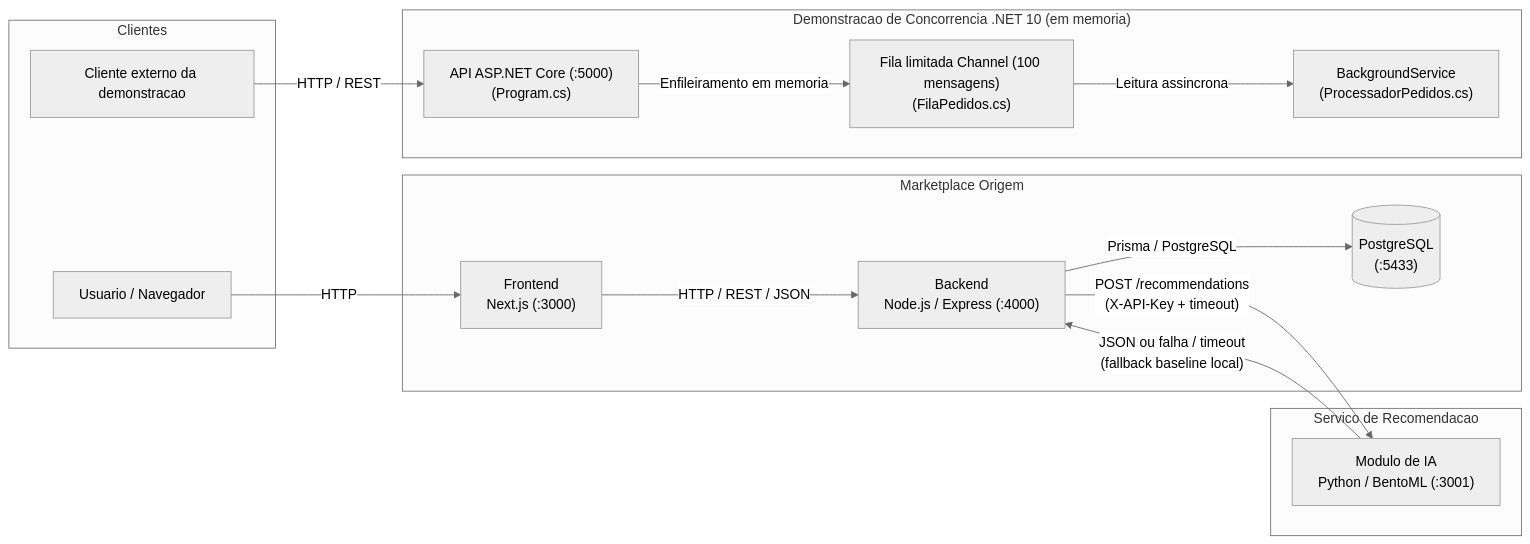
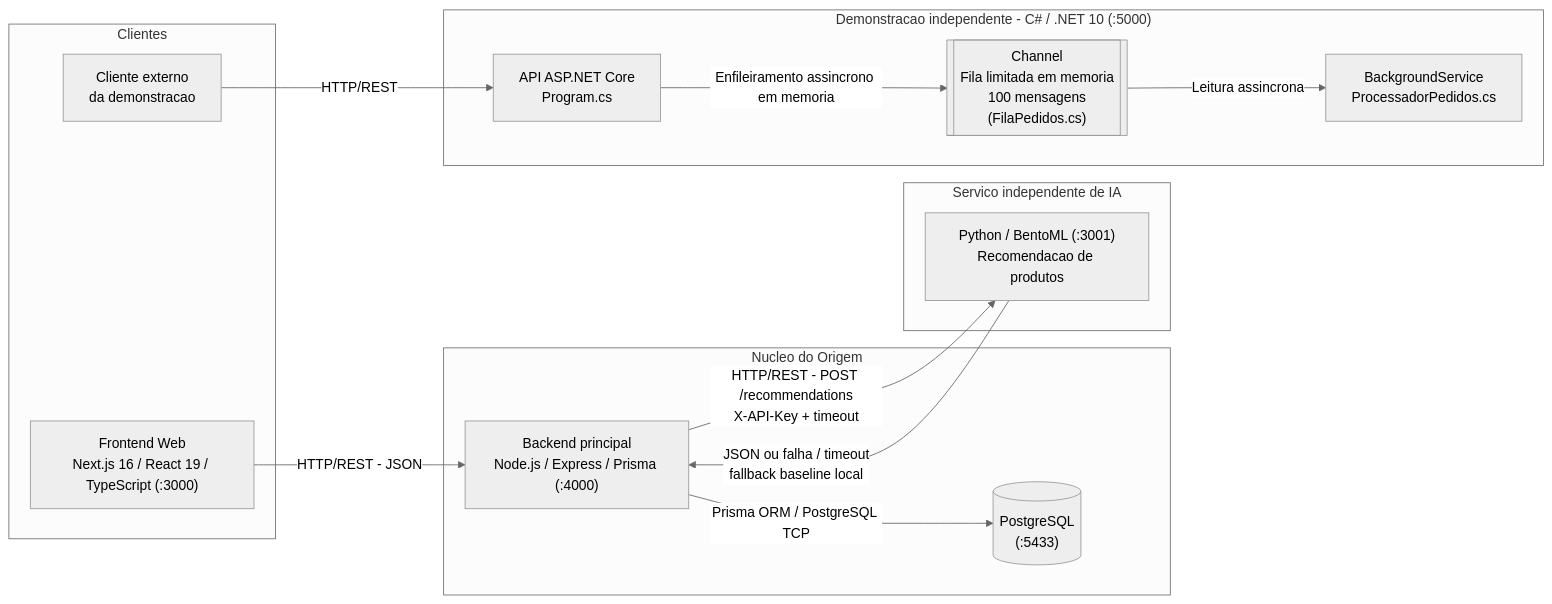
The diagram in docs/arquitetura/diagrama-arquitetura-distribuida.md (Samara020/Projeto-Integrador-Origem), drawn with Mermaid (neutral theme) before and after one commit. The commit also changed other lines of this file and 2 other files, not shown here.

Commit message:
docs(arquitetura): corrige texto de fallback e sincroniza diagrama distribuido

````diff
--- a/docs/arquitetura/diagrama-arquitetura-distribuida.md
+++ b/docs/arquitetura/diagrama-arquitetura-distribuida.md
@@ -5,32 +5,31 @@
 ```mermaid
 flowchart LR
     subgraph Clientes["Clientes"]
-        Usuario["Usuario / Navegador"]
-        ClienteDemo["Cliente externo da demonstracao"]
+        FE["Frontend Web<br/>Next.js 16 / React 19 / TypeScript (:3000)"]
+        CLI["Cliente externo<br/>da demonstracao"]
     end
 
-    subgraph Marketplace["Marketplace Origem"]
-        Frontend["Frontend<br/>Next.js (:3000)"]
-        Backend["Backend<br/>Node.js / Express (:4000)"]
-        Postgres[("PostgreSQL<br/>(:5433)")]
+    subgraph Origem["Nucleo do Origem"]
+        BE["Backend principal<br/>Node.js / Express / Prisma (:4000)"]
+        DB[("PostgreSQL<br/>(:5433)")]
     end
 
-    subgraph Recomendacao["Servico de Recomendacao"]
-        IA["Modulo de IA<br/>Python / BentoML (:3001)"]
+    subgraph IA["Servico independente de IA"]
+        AI["Python / BentoML (:3001)<br/>Recomendacao de produtos"]
     end
 
-    subgraph Concorrencia["Demonstracao de Concorrencia .NET 10 (em memoria)"]
-        ApiDotNet["API ASP.NET Core (:5000)<br/>(Program.cs)"]
-        Channel["Fila limitada Channel (100 mensagens)<br/>(FilaPedidos.cs)"]
-        BgService["BackgroundService<br/>(ProcessadorPedidos.cs)"]
+    subgraph Concorrencia["Demonstracao independente - C# / .NET 10 (:5000)"]
+        API["API ASP.NET Core<br/>Program.cs"]
+        Fila[["Channel<br/>Fila limitada em memoria<br/>100 mensagens<br/>(FilaPedidos.cs)"]]
+        Worker["BackgroundService<br/>ProcessadorPedidos.cs"]
     end
 
-    Usuario -->|"HTTP"| Frontend
-    Frontend -->|"HTTP / REST / JSON"| Backend
-    Backend -->|"Prisma / PostgreSQL"| Postgres
-    Backend -->|"POST /recommendations<br/>(X-API-Key + timeout)"| IA
-    IA -->|"JSON ou falha / timeout<br/>(fallback baseline local)"| Backend
-    ClienteDemo -->|"HTTP / REST"| ApiDotNet
-    ApiDotNet -->|"Enfileiramento em memoria"| Channel
-    Channel -->|"Leitura assincrona"| BgService
+    FE -->|"HTTP/REST - JSON"| BE
+    BE -->|"Prisma ORM / PostgreSQL TCP"| DB
+    BE -->|"HTTP/REST - POST /recommendations<br/>X-API-Key + timeout"| AI
+    AI -->|"JSON ou falha / timeout<br/>fallback baseline local"| BE
+
+    CLI -->|"HTTP/REST"| API
+    API -->|"Enfileiramento assincrono em memoria"| Fila
+    Fila -->|"Leitura assincrona"| Worker
 ```
````
